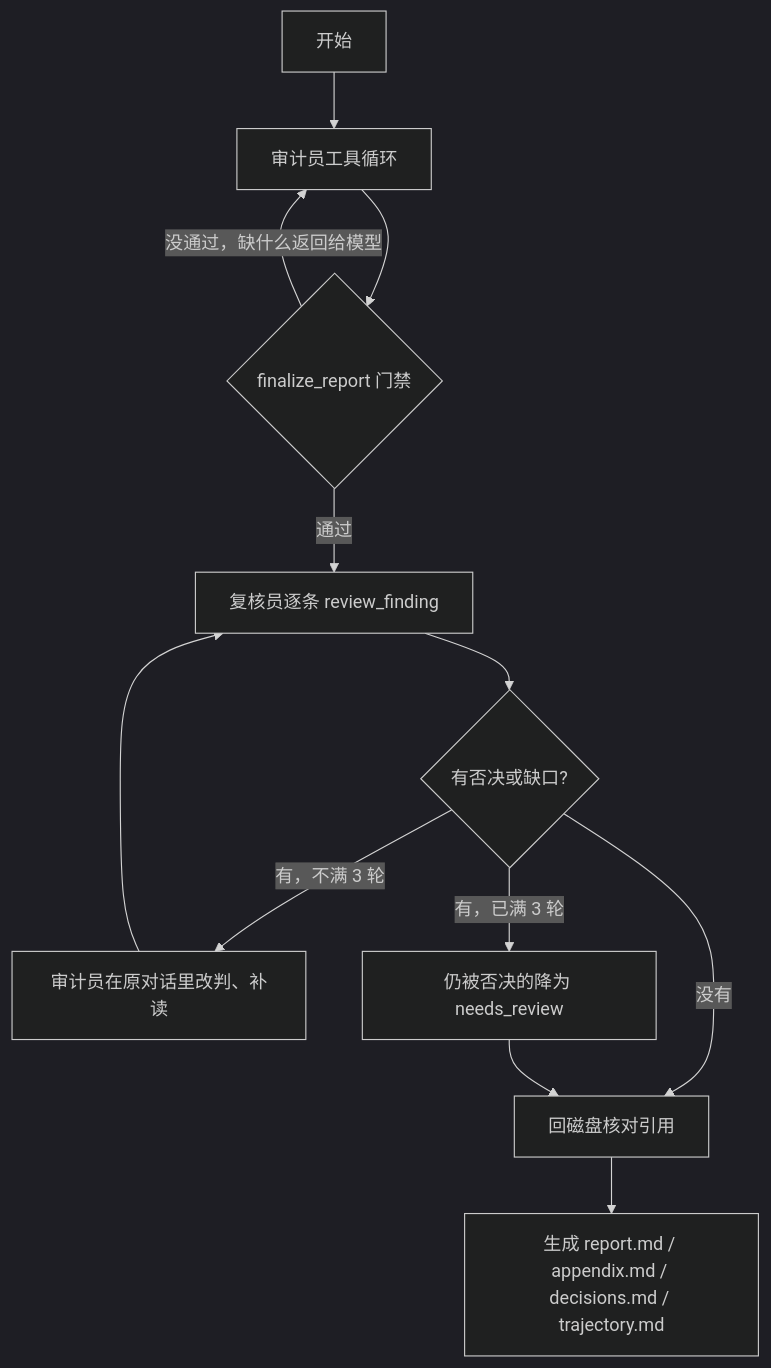
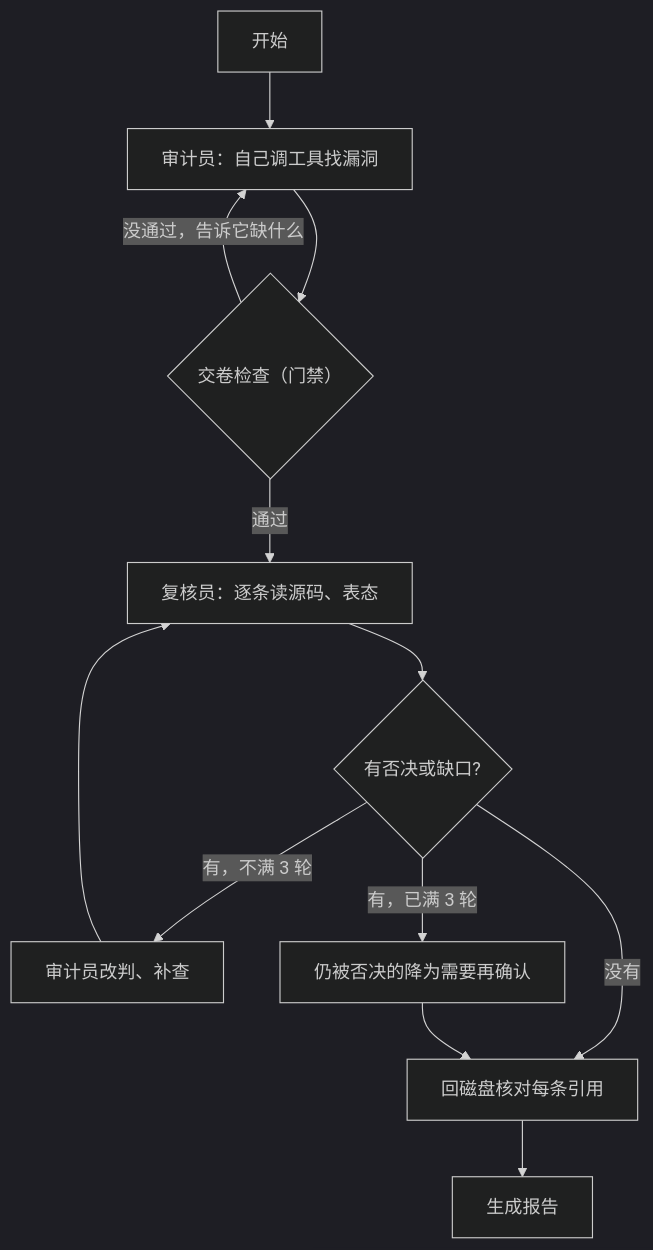
The diagram in DESIGN.md (XIOQIGE/ylinux-code-audit-agent), drawn with Mermaid (dark theme) before and after one commit. The commit also changed other lines of this file and 2 other files, not shown here.

Commit message:
Rewrite README, REPORT and DESIGN for readers new to the project

````diff
--- a/DESIGN.md
+++ b/DESIGN.md
@@ -13,14 +36,14 @@
 ```mermaid
 flowchart TD
-    start[开始] --> auditor[审计员工具循环]
-    auditor --> gate{finalize_report 门禁}
-    gate -->|没通过，缺什么返回给模型| auditor
-    gate -->|通过| critic[复核员逐条 review_finding]
+    start[开始] --> auditor[审计员：自己调工具找漏洞]
+    auditor --> gate{交卷检查（门禁）}
+    gate -->|没通过，告诉它缺什么| auditor
+    gate -->|通过| critic[复核员：逐条读源码、表态]
     critic --> decide{有否决或缺口?}
-    decide -->|没有| verify[回磁盘核对引用]
-    decide -->|有，不满 3 轮| resume[审计员在原对话里改判、补读]
+    decide -->|没有| verify[回磁盘核对每条引用]
+    decide -->|有，不满 3 轮| resume[审计员改判、补查]
     resume --> critic
-    decide -->|有，已满 3 轮| downgrade[仍被否决的降为 needs_review]
+    decide -->|有，已满 3 轮| downgrade[仍被否决的降为需要再确认]
     downgrade --> verify
-    verify --> report[生成 report.md / appendix.md / decisions.md / trajectory.md]
+    verify --> report[生成报告]
 ```
````
